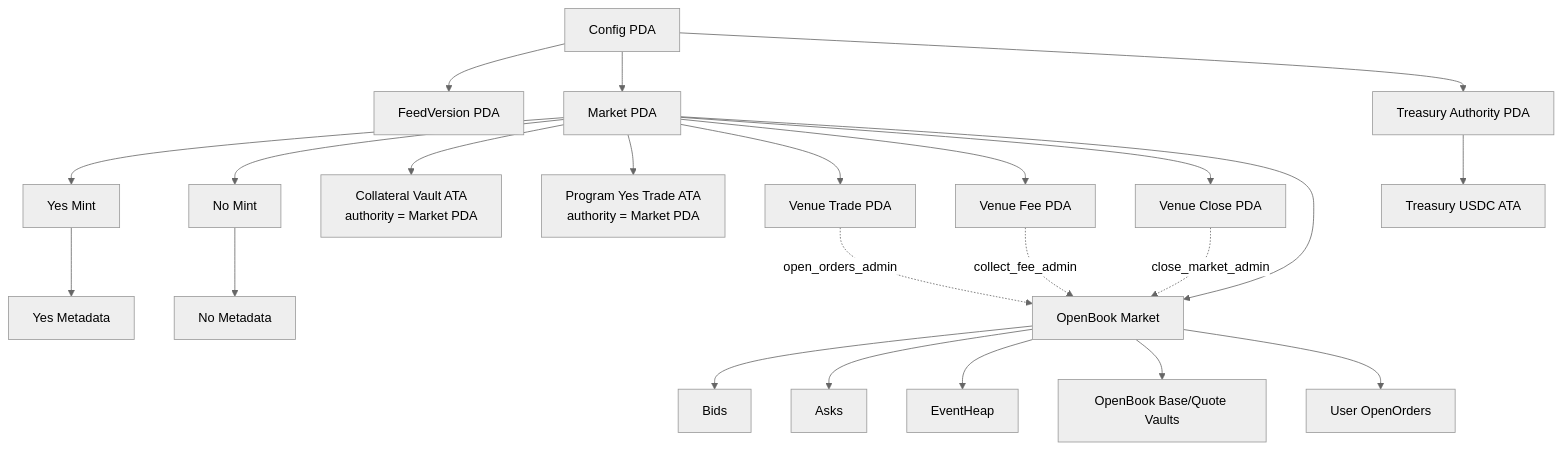
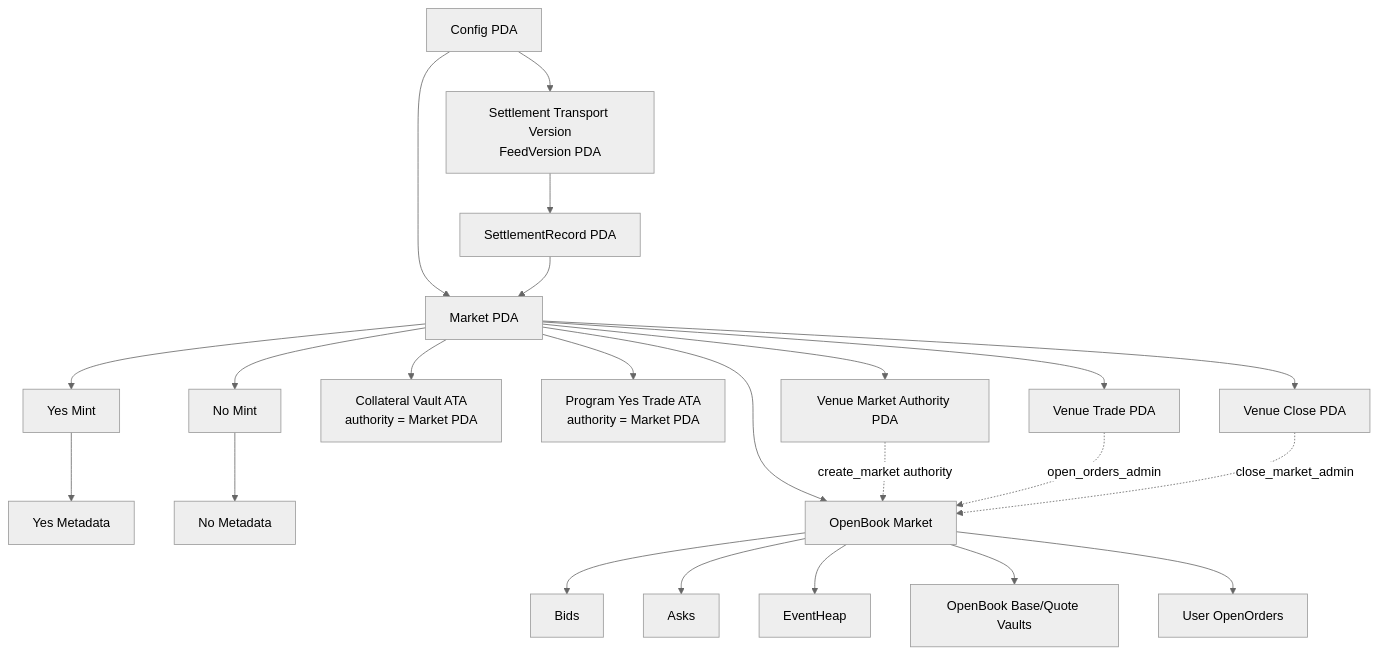
One commit to hyetigran/peak6_pm changed the second of 8 diagrams in docs/ARCHITECTURE.md. Above: the diagram before and after it, drawn with Mermaid (neutral theme). The commit also changed other lines of this file and 53 other files, not shown here.

````diff
--- a/docs/ARCHITECTURE.md
+++ b/docs/ARCHITECTURE.md
@@ -348,48 +358,47 @@
 ```mermaid
 flowchart TD
     CFG[Config PDA]
-    FV[FeedVersion PDA]
+    FV[Settlement Transport Version<br/>FeedVersion PDA]
+    SR[SettlementRecord PDA]
     MKT[Market PDA]
     YES[Yes Mint]
     NO[No Mint]
     YMD[Yes Metadata]
     NMD[No Metadata]
     VAULT[Collateral Vault ATA<br/>authority = Market PDA]
     YTRADE[Program Yes Trade ATA<br/>authority = Market PDA]
-    TA[Treasury Authority PDA]
-    TREAS[Treasury USDC ATA]
+    VM[Venue Market Authority PDA]
     VT[Venue Trade PDA]
-    VF[Venue Fee PDA]
     VC[Venue Close PDA]
 
     OBM[OpenBook Market]
     BIDS[Bids]
     ASKS[Asks]
     HEAP[EventHeap]
     OOV[OpenBook Base/Quote Vaults]
     OO[User OpenOrders]
 
     CFG --> FV
+    FV --> SR
     CFG --> MKT
+    SR --> MKT
     MKT --> YES
     MKT --> NO
     YES --> YMD
     NO --> NMD
     MKT --> VAULT
     MKT --> YTRADE
-    CFG --> TA
-    TA --> TREAS
+    MKT --> VM
     MKT --> VT
-    MKT --> VF
     MKT --> VC
 
     MKT --> OBM
     OBM --> BIDS
     OBM --> ASKS
     OBM --> HEAP
     OBM --> OOV
     OBM --> OO
+    VM -. create_market authority .-> OBM
     VT -. open_orders_admin .-> OBM
-    VF -. collect_fee_admin .-> OBM
     VC -. close_market_admin .-> OBM
 ```
````
